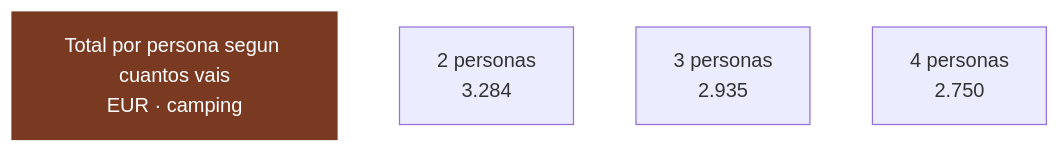
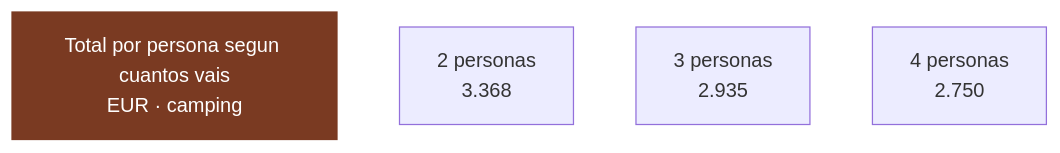
One commit to morandeirachema/namibia changed the eighth of 8 diagrams in 02-presupuesto.md. Above: the diagram before and after it, drawn with Mermaid. The commit also changed other lines of this file and 26 other files, not shown here.

````diff
--- a/02-presupuesto.md
+++ b/02-presupuesto.md
@@ -637,11 +554,11 @@
 ```mermaid
 flowchart LR
     T["Total por persona segun cuantos vais<br/>EUR · camping"]
-    n0["2 personas<br/>3.284"]
+    n0["2 personas<br/>3.368"]
     n1["3 personas<br/>2.935"]
     n2["4 personas<br/>2.750"]
     T ~~~ n0
     n0 ~~~ n1
     n1 ~~~ n2
     style T fill:#7a3a22,color:#fff,stroke:#7a3a22
 ```
````
